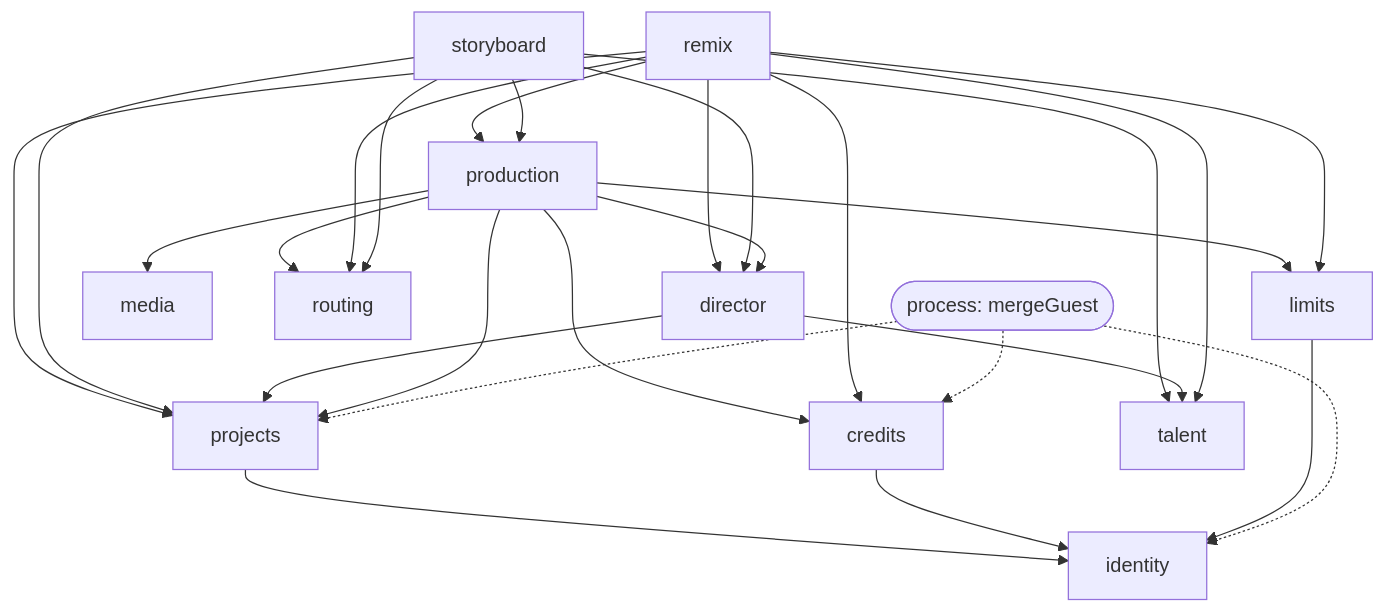
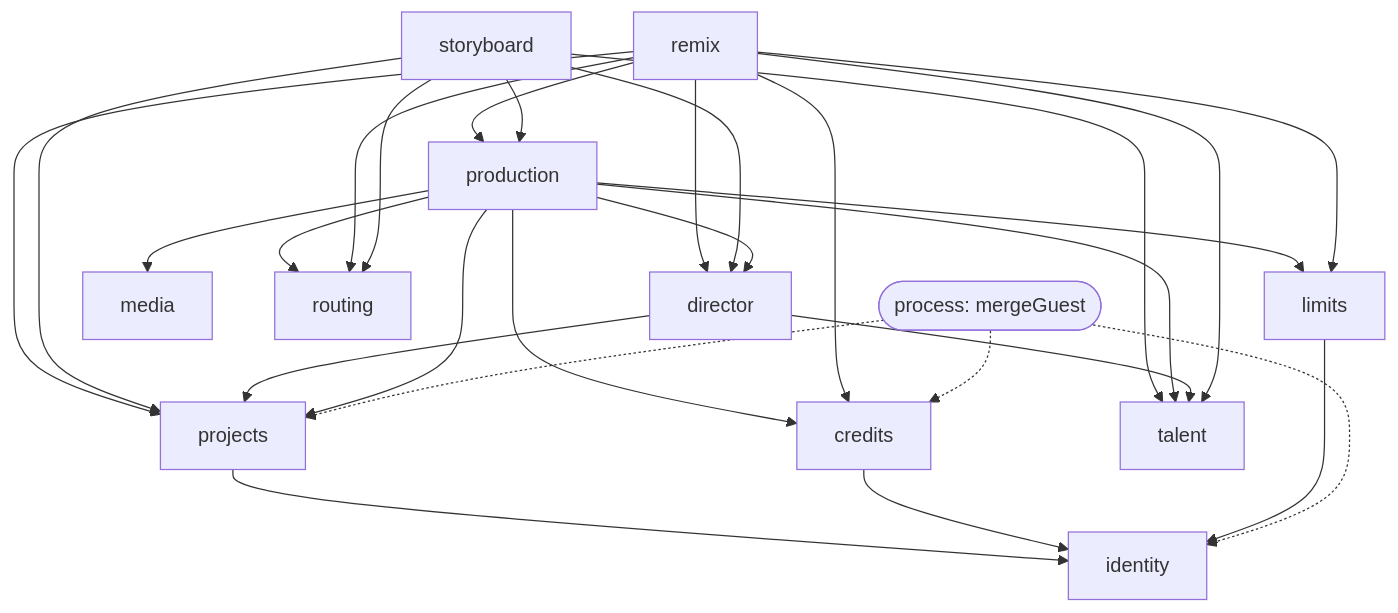
One commit to Webtech12/higgsfield-ai-clone changed the second of 5 diagrams in docs/architecture.md. Above: the diagram before and after it, drawn with Mermaid. The commit also changed other lines of this file and 6 other files, not shown here.

````diff
--- a/docs/architecture.md
+++ b/docs/architecture.md
@@ -99,29 +101,30 @@
 ```mermaid
 flowchart TD
   remix --> production
   remix --> projects
   remix --> director
   storyboard --> production
   storyboard --> projects
   storyboard --> director
   production --> director
   director --> projects
   production --> projects
   production --> credits
   production --> limits
   production --> media
   production --> routing
   remix --> routing
   remix --> credits
   remix --> limits
   storyboard --> routing
   storyboard --> talent
+  production --> talent
   director --> talent
   remix --> talent
   projects --> identity
   credits --> identity
   limits --> identity
   mergeGuest(["process: mergeGuest"]) -.-> identity
   mergeGuest -.-> projects
   mergeGuest -.-> credits
 ```
````
